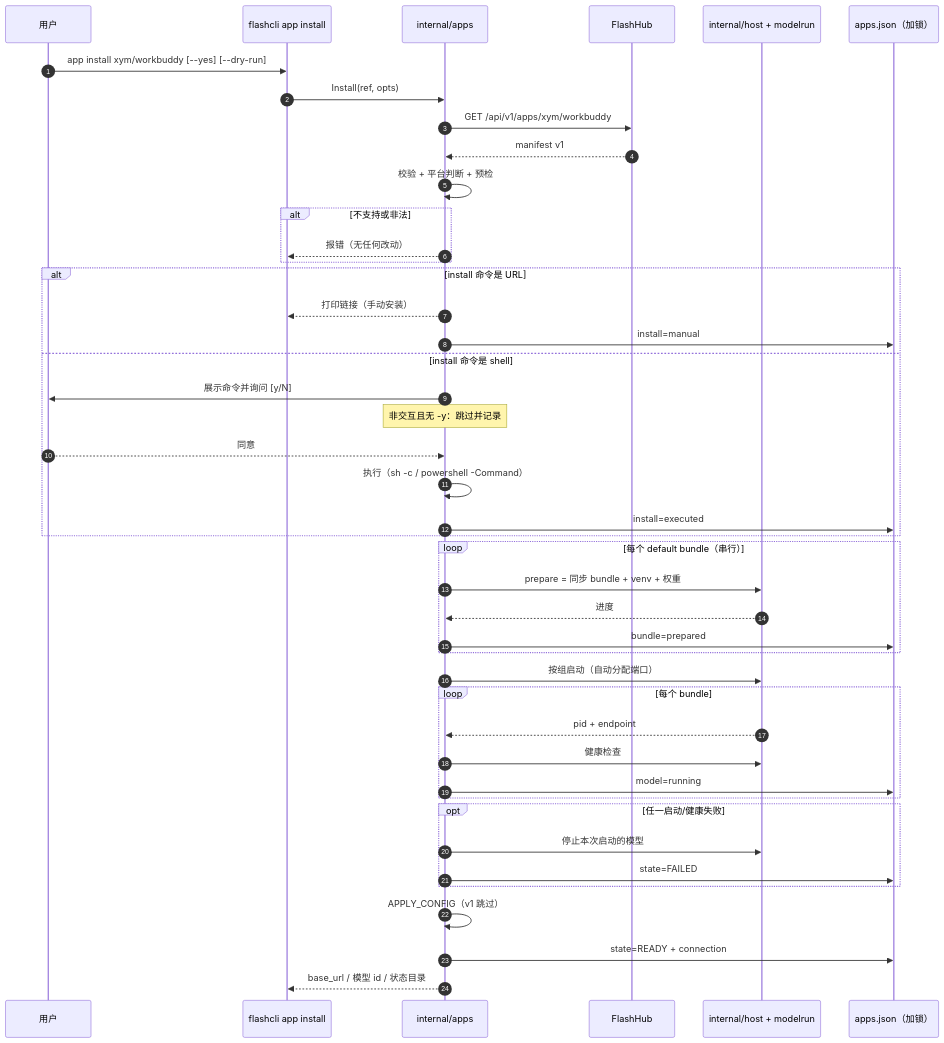
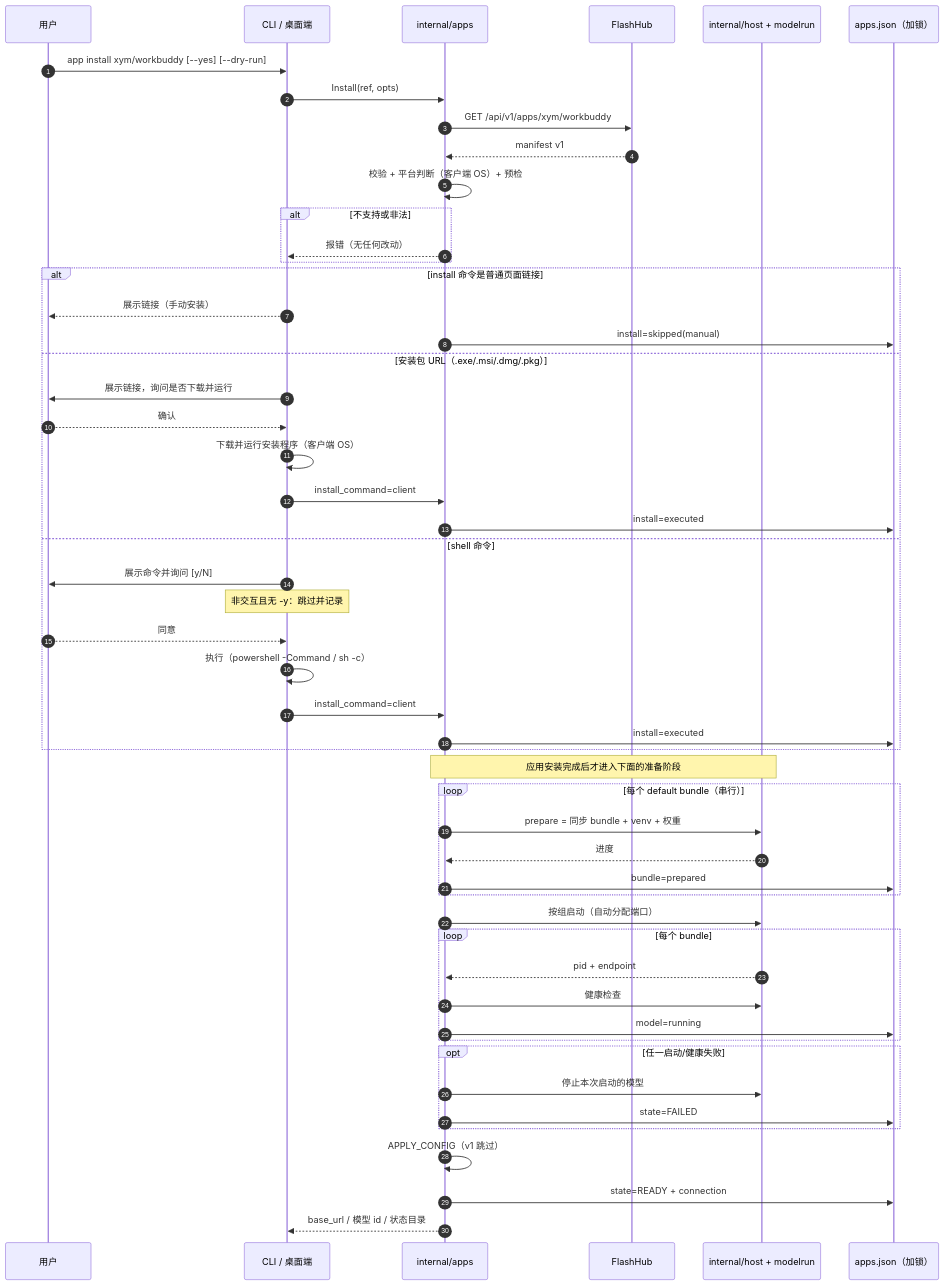
Before and after one commit to aodianyun/flashcli: the first of 2 diagrams in docs/application_install_plan.zh-CN.md, drawn with Mermaid. The commit also changed other lines of this file and 6 other files, not shown here.

````diff
--- a/docs/application_install_plan.zh-CN.md
+++ b/docs/application_install_plan.zh-CN.md
@@ -68,47 +70,55 @@
 ```mermaid
 sequenceDiagram
   autonumber
   participant U as 用户
-  participant CLI as flashcli app install
+  participant CLI as CLI / 桌面端
   participant A as internal/apps
   participant FH as FlashHub
   participant H as internal/host + modelrun
   participant REG as apps.json（加锁）
 
   U->>CLI: app install xym/workbuddy [--yes] [--dry-run]
   CLI->>A: Install(ref, opts)
   A->>FH: GET /api/v1/apps/xym/workbuddy
   FH-->>A: manifest v1
-  A->>A: 校验 + 平台判断 + 预检
+  A->>A: 校验 + 平台判断（客户端 OS）+ 预检
   alt 不支持或非法
     A-->>CLI: 报错（无任何改动）
   end
-  alt install 命令是 URL
-    A-->>CLI: 打印链接（手动安装）
-    A->>REG: install=manual
-  else install 命令是 shell
-    A->>U: 展示命令并询问 [y/N]
-    Note over A: 非交互且无 -y：跳过并记录
-    U-->>A: 同意
-    A->>A: 执行（sh -c / powershell -Command）
+  alt install 命令是普通页面链接
+    CLI-->>U: 展示链接（手动安装）
+    A->>REG: install=skipped(manual)
+  else 安装包 URL（.exe/.msi/.dmg/.pkg）
+    CLI->>U: 展示链接，询问是否下载并运行
+    U-->>CLI: 确认
+    CLI->>CLI: 下载并运行安装程序（客户端 OS）
+    CLI->>A: install_command=client
+    A->>REG: install=executed
+  else shell 命令
+    CLI->>U: 展示命令并询问 [y/N]
+    Note over CLI: 非交互且无 -y：跳过并记录
+    U-->>CLI: 同意
+    CLI->>CLI: 执行（powershell -Command / sh -c）
+    CLI->>A: install_command=client
     A->>REG: install=executed
   end
+  Note over A,H: 应用安装完成后才进入下面的准备阶段
   loop 每个 default bundle（串行）
     A->>H: prepare = 同步 bundle + venv + 权重
     H-->>A: 进度
     A->>REG: bundle=prepared
   end
   A->>H: 按组启动（自动分配端口）
   loop 每个 bundle
     H-->>A: pid + endpoint
     A->>H: 健康检查
     A->>REG: model=running
   end
   opt 任一启动/健康失败
     A->>H: 停止本次启动的模型
     A->>REG: state=FAILED
   end
   A->>A: APPLY_CONFIG（v1 跳过）
   A->>REG: state=READY + connection
   A-->>CLI: base_url / 模型 id / 状态目录
 ```
````
